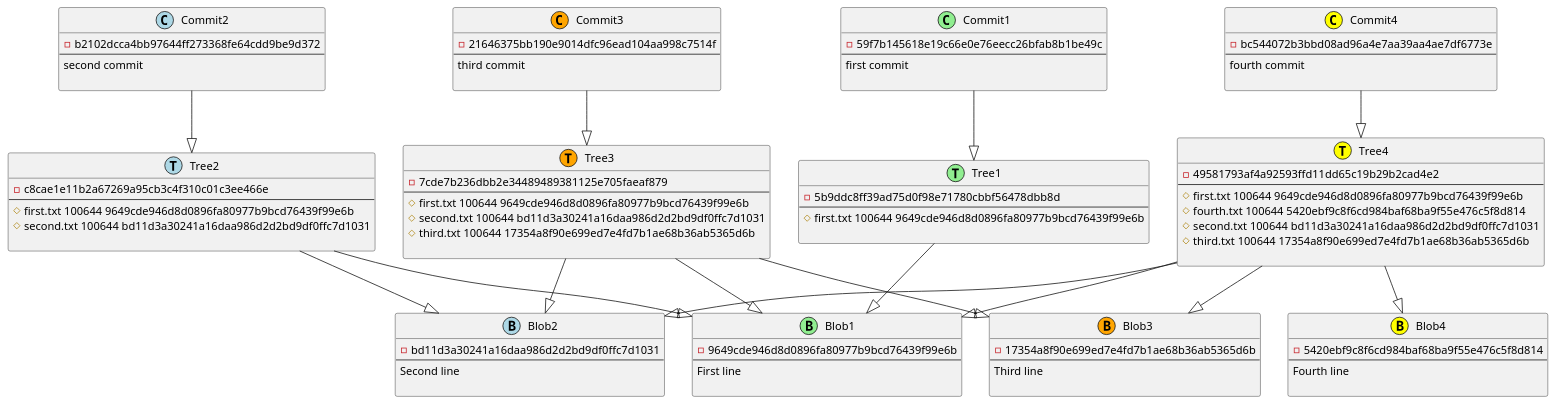
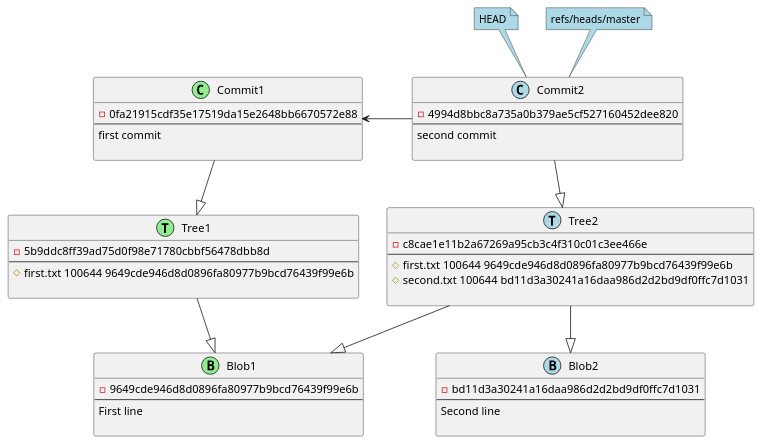
One commit to tsypuk/git2plantuml changed the diagram in src/main/resources/diagram.adoc. Above: the diagram before and after it, drawn with PlantUML. The commit also changed 14 other files, not shown here.

```diff
--- a/src/main/resources/diagram.adoc
+++ b/src/main/resources/diagram.adoc
@@ -1,45 +1,16 @@
 [plantuml, commit,png, title=commit action, width=1000, height=1000]
 ....
 
-class Commit4 <<(C,yellow)>> {
--bc544072b3bbd08ad96a4e7aa39aa4ae7df6773e
---
-fourth commit
-
-}
-class Commit3 <<(C,orange)>> {
--21646375bb190e9014dfc96ead104aa998c7514f
---
-third commit
-
-}
 class Commit2 <<(C,lightblue)>> {
--b2102dcca4bb97644ff273368fe64cdd9be9d372
+-4994d8bbc8a735a0b379ae5cf527160452dee820
 --
 second commit
 
 }
 class Commit1 <<(C,lightgreen)>> {
--59f7b145618e19c66e0e76eecc26bfab8b1be49c
+-0fa21915cdf35e17519da15e2648bb6670572e88
 --
 first commit
-
-}
-class Tree4 <<(T,yellow)>> {
--49581793af4a92593ffd11dd65c19b29b2cad4e2
---
-# first.txt 100644 9649cde946d8d0896fa80977b9bcd76439f99e6b
-# fourth.txt 100644 5420ebf9c8f6cd984baf68ba9f55e476c5f8d814
-# second.txt 100644 bd11d3a30241a16daa986d2d2bd9df0ffc7d1031
-# third.txt 100644 17354a8f90e699ed7e4fd7b1ae68b36ab5365d6b
-
-}
-class Tree3 <<(T,orange)>> {
--7cde7b236dbb2e34489489381125e705faeaf879
---
-# first.txt 100644 9649cde946d8d0896fa80977b9bcd76439f99e6b
-# second.txt 100644 bd11d3a30241a16daa986d2d2bd9df0ffc7d1031
-# third.txt 100644 17354a8f90e699ed7e4fd7b1ae68b36ab5365d6b
 
 }
 class Tree2 <<(T,lightblue)>> {
@@ -61,37 +32,19 @@
 First line
 
 }
-class Blob4 <<(B,yellow)>> {
--5420ebf9c8f6cd984baf68ba9f55e476c5f8d814
---
-Fourth line
-
-}
-class Blob3 <<(B,orange)>> {
--17354a8f90e699ed7e4fd7b1ae68b36ab5365d6b
---
-Third line
-
-}
 class Blob2 <<(B,lightblue)>> {
 -bd11d3a30241a16daa986d2d2bd9df0ffc7d1031
 --
 Second line
 
 }
-Commit4 --|> Tree4
-Commit3 --|> Tree3
 Commit2 --|> Tree2
 Commit1 --|> Tree1
-Tree4 --|> Blob1
-Tree4 --|> Blob4
-Tree4 --|> Blob2
-Tree4 --|> Blob3
-Tree3 --|> Blob1
-Tree3 --|> Blob2
-Tree3 --|> Blob3
 Tree2 --|> Blob1
 Tree2 --|> Blob2
 Tree1 --|> Blob1
+Commit2 -l-> Commit1
+note top of Commit2 #lightblue : HEAD
+note top of Commit2 #lightblue : refs/heads/master
 
 ....
```
